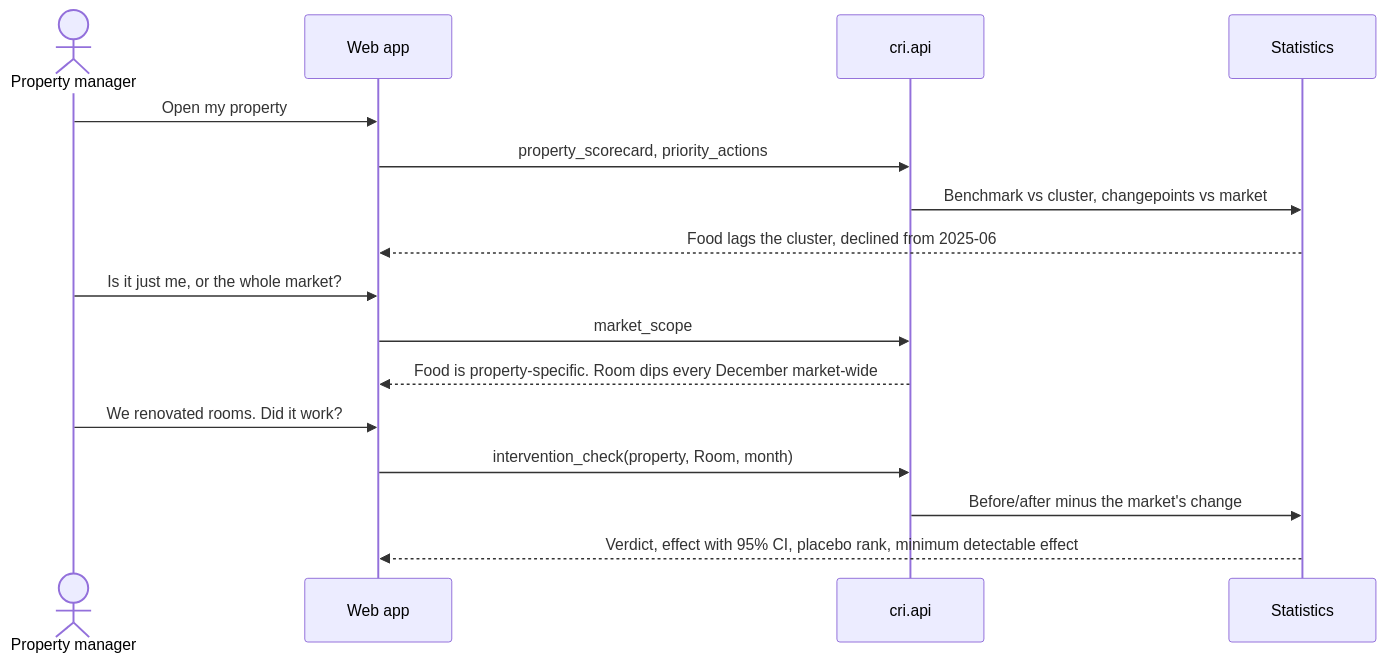
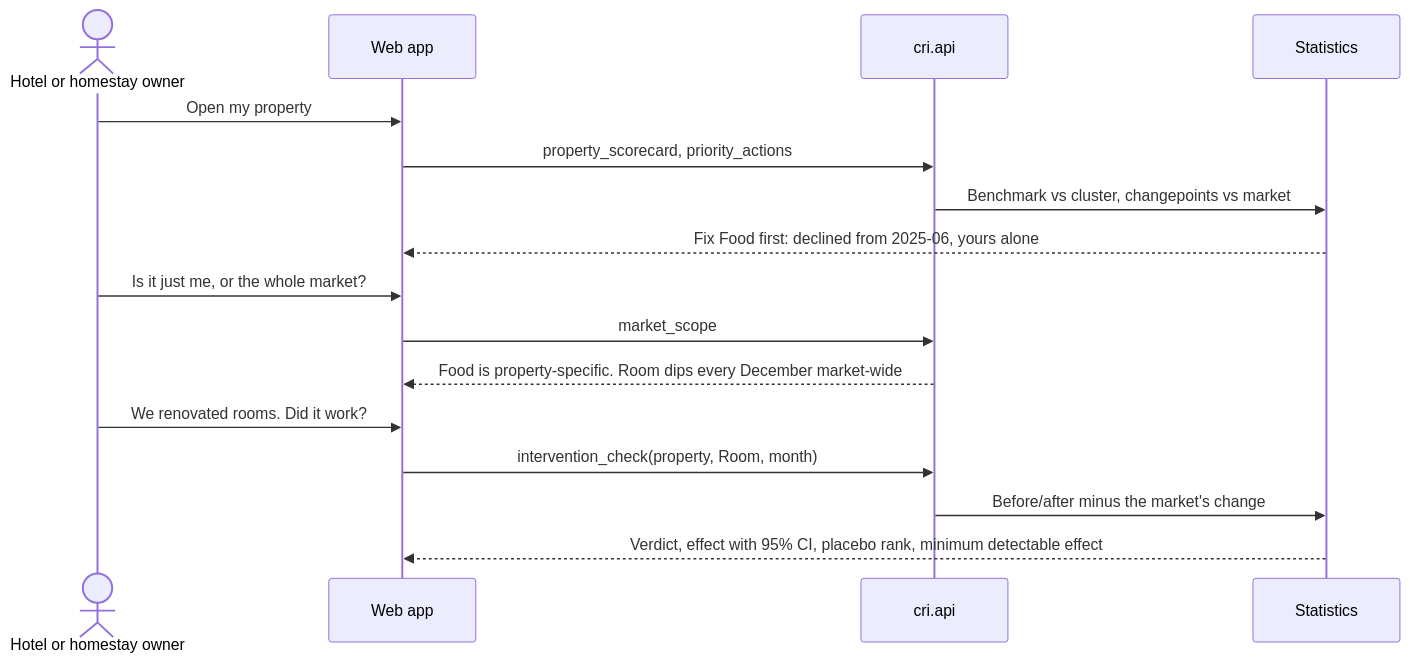
Before and after one commit to AnubhavKiroula/cluster-review-intelligence: the ninth of 10 diagrams in README.md, drawn with Mermaid. The commit also changed other lines of this file and 5 other files, not shown here.

First line of the commit message:
docs: README and one 3-minute demo for the property owner

````diff
--- a/README.md
+++ b/README.md
@@ -363,19 +314,19 @@
 ```mermaid
 sequenceDiagram
-    actor M as Property manager
+    actor M as Hotel or homestay owner
     participant UI as Web app
     participant API as cri.api
     participant ST as Statistics
 
     M->>UI: Open my property
     UI->>API: property_scorecard, priority_actions
     API->>ST: Benchmark vs cluster, changepoints vs market
-    ST-->>UI: Food lags the cluster, declined from 2025-06
+    ST-->>UI: Fix Food first: declined from 2025-06, yours alone
     M->>UI: Is it just me, or the whole market?
     UI->>API: market_scope
     API-->>UI: Food is property-specific. Room dips every December market-wide
     M->>UI: We renovated rooms. Did it work?
     UI->>API: intervention_check(property, Room, month)
     API->>ST: Before/after minus the market's change
     ST-->>UI: Verdict, effect with 95% CI, placebo rank, minimum detectable effect
 ```
````
